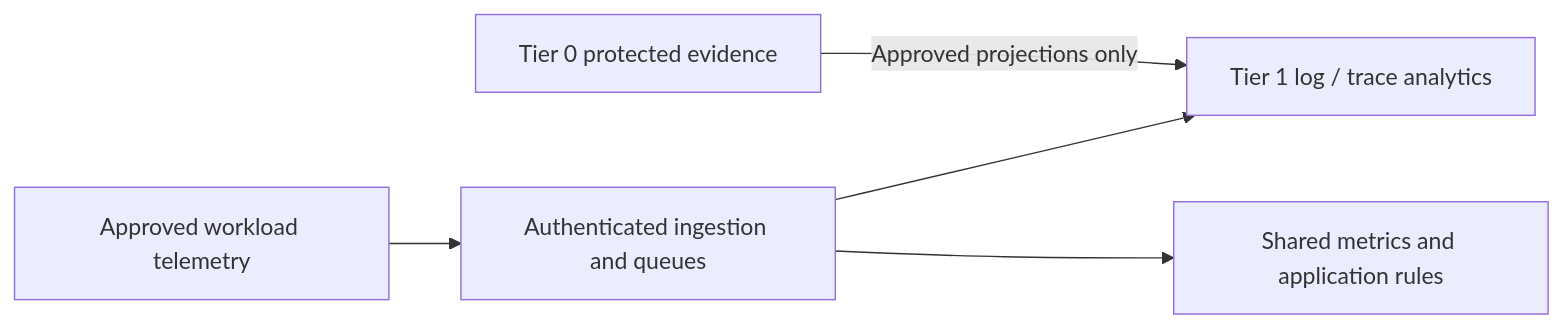
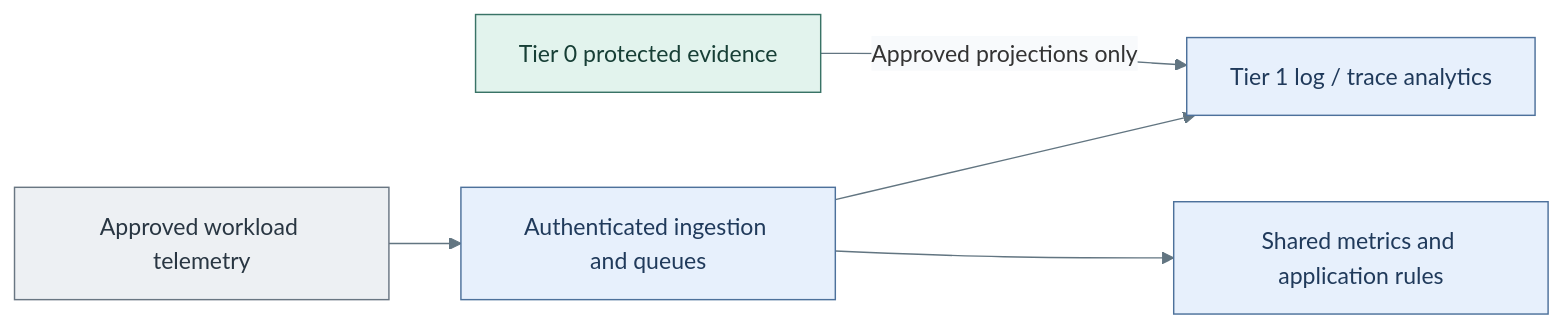
Before and after one commit to Rexus/homelab: the second of 3 diagrams in docs/deployment/stage-5-delivery/analytics.md, drawn with Mermaid. The commit also changed other lines of this file and 49 other files, not shown here.

Commit message:
docs(diagrams): clarify tier layouts and visual styles

````diff
--- a/docs/deployment/stage-5-delivery/analytics.md
+++ b/docs/deployment/stage-5-delivery/analytics.md
@@ -37,7 +43,15 @@
 ```mermaid
+%%{init: {"theme":"base","themeVariables":{"lineColor":"#627581","edgeLabelBackground":"#f8fafc"}}}%%
 flowchart LR
   Evidence["Tier 0 protected evidence"] -->|Approved projections only| Logs["Tier 1 log / trace analytics"]
   Workloads["Approved workload telemetry"] --> Ingest["Authenticated ingestion and queues"]
   Ingest --> Logs
   Ingest --> Metrics["Shared metrics and application rules"]
+  classDef default fill:#f8fafc,stroke:#64748b,color:#1f2937
+  classDef control fill:#e2f3ed,stroke:#397366,color:#173f36
+  classDef services fill:#e7f0fc,stroke:#4d719b,color:#203a5b
+  classDef actor fill:#edf0f3,stroke:#697682,color:#293642
+  class Evidence control
+  class Logs,Ingest,Metrics services
+  class Workloads actor
 ```
````
